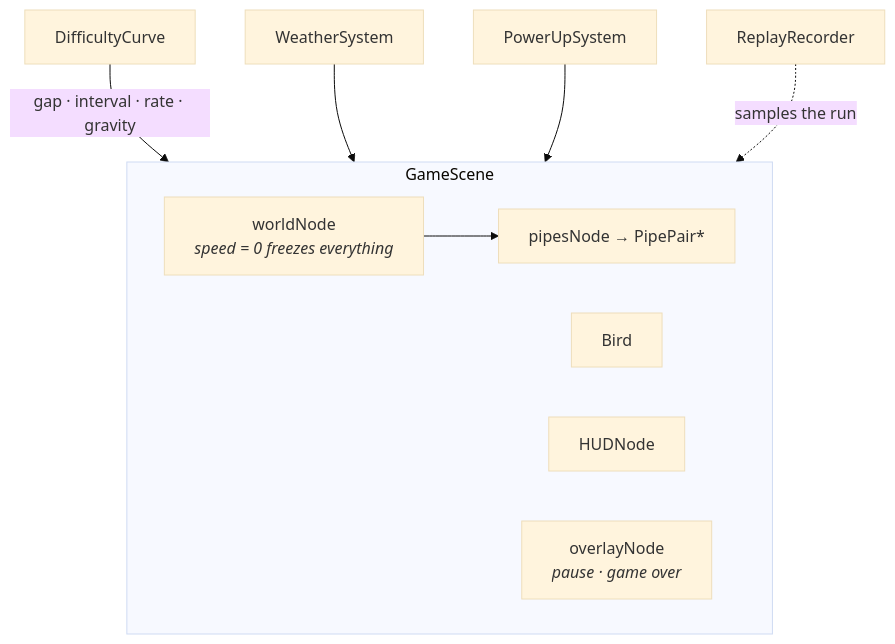
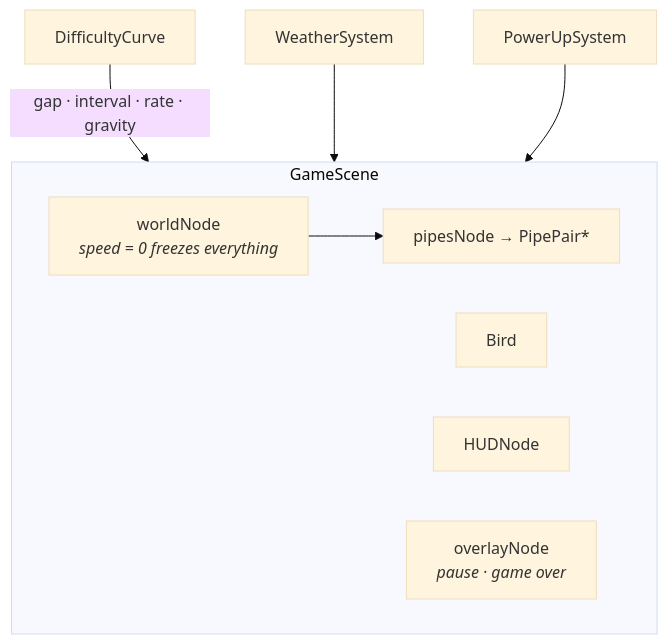
The third of 5 diagrams in ARCHITECTURE.md (hoangsonww/Flappy-Bird-Game), drawn with Mermaid (base theme) before and after one commit. The commit also changed other lines of this file and 43 other files, not shown here.

Commit message:
refactor(game): remove replay mode

````diff
--- a/ARCHITECTURE.md
+++ b/ARCHITECTURE.md
@@ -109,16 +106,15 @@
 ```mermaid
 flowchart TB
     subgraph GameScene
         World["worldNode<br/><i>speed = 0 freezes everything</i>"]
         Pipes["pipesNode → PipePair*"]
         Bird["Bird"]
         HUD["HUDNode"]
         Overlay["overlayNode<br/><i>pause · game over</i>"]
         World --> Pipes
     end
 
     Curve["DifficultyCurve"] -->|"gap · interval · rate · gravity"| GameScene
     Weather["WeatherSystem"] --> GameScene
     Power["PowerUpSystem"] --> GameScene
-    Recorder["ReplayRecorder"] -.->|"samples the run"| GameScene
 ```
````
